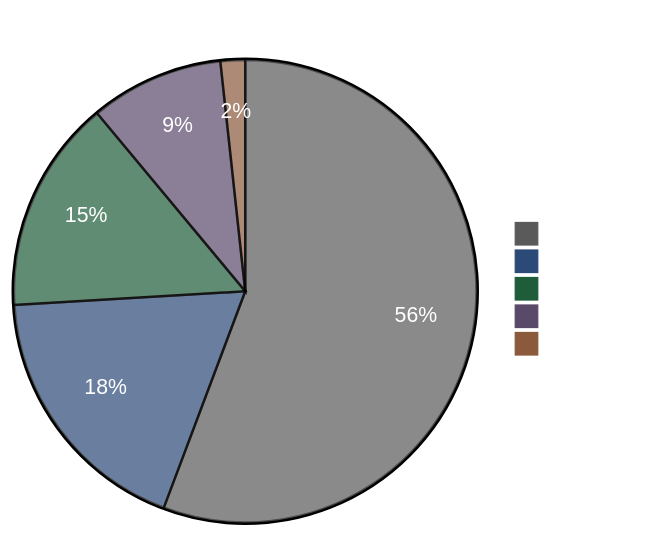
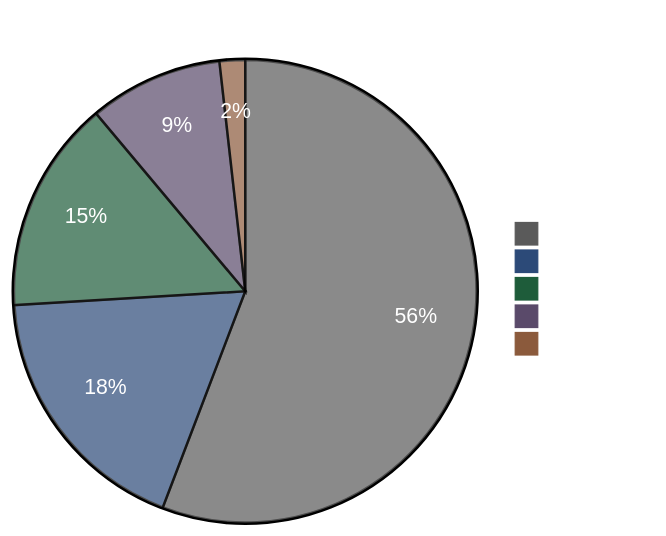
One commit to ccmeteorljh/reco-arxiv-daily changed the diagram in README.md. Above: the diagram before and after it, drawn with Mermaid. The commit also changed other lines of this file and 7 other files, not shown here.

````diff
--- a/README.md
+++ b/README.md
@@ -6,19 +6,19 @@
 ```mermaid
 %%{init: {'theme':'base', 'themeVariables': {
   'pie1':'#5a5a5a',
   'pie2':'#2c4a78',
   'pie3':'#1e5c3a',
   'pie4':'#5a4a6a',
   'pie5':'#8b5a3c',
   'pieTitleTextColor':'#ffffff',
   'pieSectionTextColor':'#ffffff',
   'pieLegendTextColor':'#ffffff'
 }}}%%
 pie showData
 title Paper Distribution by Tag
-  "Other" : 681
-  "LLM" : 224
-  "GR" : 182
-  "Seq" : 114
-  "Scaling" : 21
+  "Other" : 688
+  "LLM" : 225
+  "GR" : 183
+  "Seq" : 115
+  "Scaling" : 22
 ```
````
